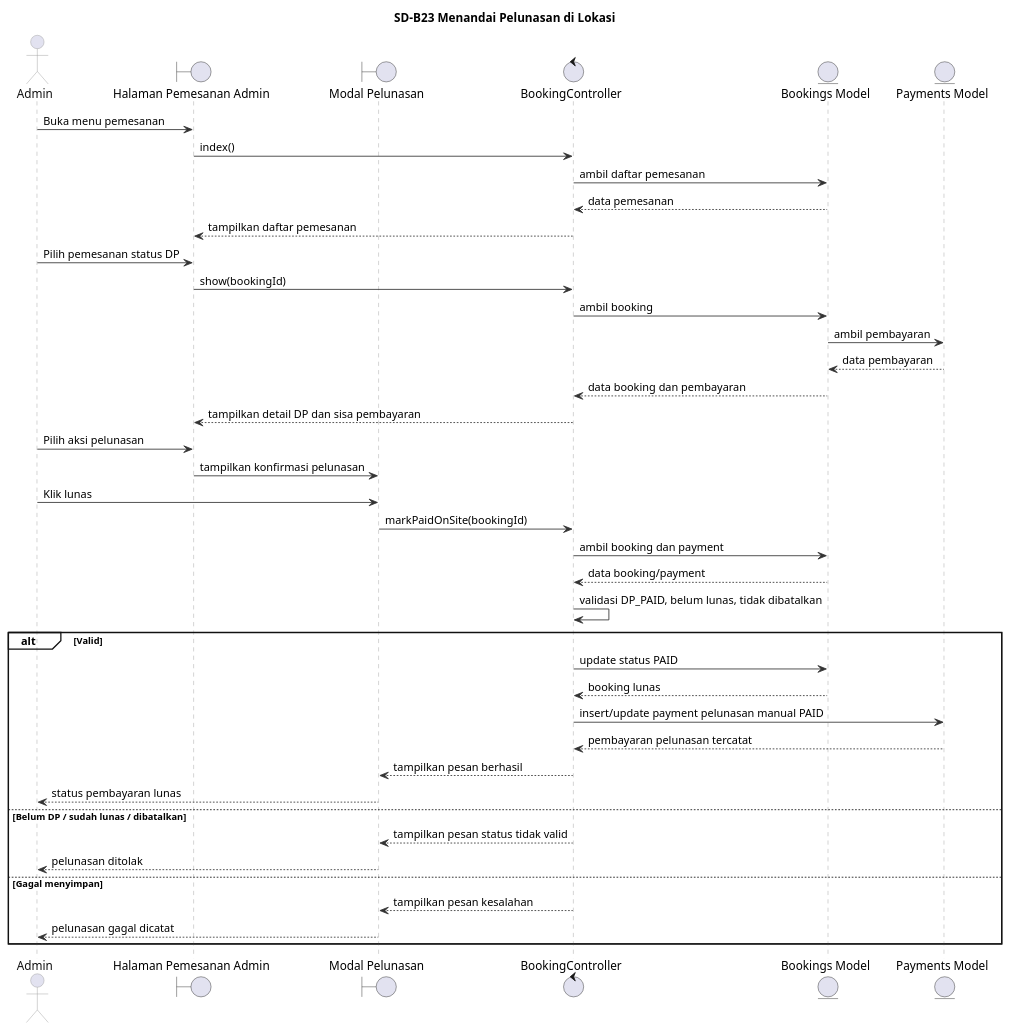
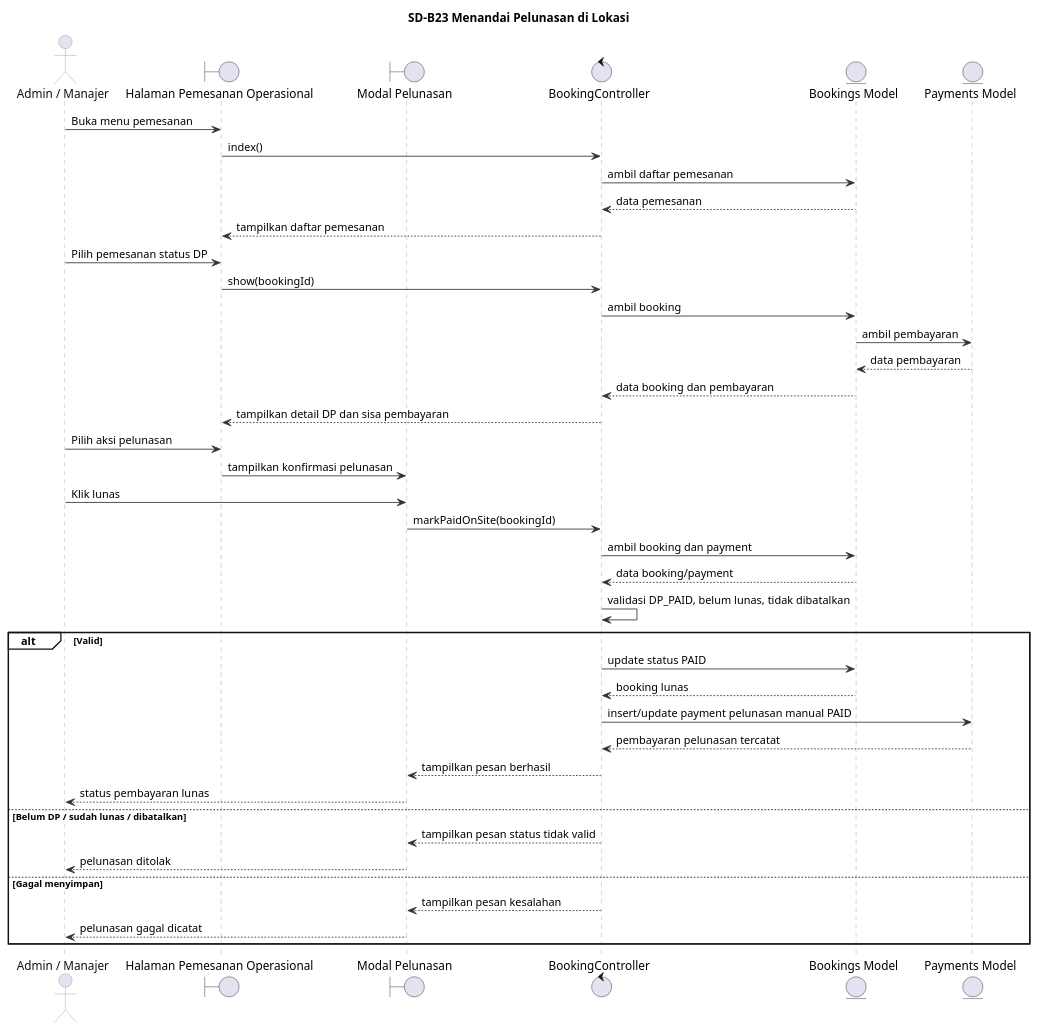
The diagram in diagrams/sequence/SD-B23.puml (Fajrinputra/alterstudio-ta), drawn with PlantUML before and after one commit. The commit also changed 74 other files, not shown here.

```diff
--- a/diagrams/sequence/SD-B23.puml
+++ b/diagrams/sequence/SD-B23.puml
@@ -1,64 +1,64 @@
 @startuml
 title SD-B23 Menandai Pelunasan di Lokasi
 
 skinparam backgroundColor white
 skinparam shadowing false
 skinparam BoxPadding 4
 skinparam sequence {
     ArrowColor #333333
     LifeLineBorderColor #999999
     LifeLineBackgroundColor white
     ParticipantBorderColor #999999
     ParticipantBackgroundColor #ECEEF8
     ParticipantFontColor #111111
     ActorBorderColor #999999
     ActorFontColor #111111
     GroupBorderColor #111111
     GroupBackgroundColor transparent
 }
 
-actor "Admin" as Admin
-boundary "Halaman Pemesanan Admin" as HalamanAdmin
+actor "Admin / Manajer" as Admin
+boundary "Halaman Pemesanan Operasional" as HalamanAdmin
 boundary "Modal Pelunasan" as ModalPelunasan
 control "BookingController" as BookingController
 entity "Bookings Model" as Booking
 entity "Payments Model" as Payment
 
 Admin -> HalamanAdmin : Buka menu pemesanan
 HalamanAdmin -> BookingController : index()
 BookingController -> Booking : ambil daftar pemesanan
 Booking --> BookingController : data pemesanan
 BookingController --> HalamanAdmin : tampilkan daftar pemesanan
 
 Admin -> HalamanAdmin : Pilih pemesanan status DP
 HalamanAdmin -> BookingController : show(bookingId)
 BookingController -> Booking : ambil booking
 Booking -> Payment : ambil pembayaran
 Payment --> Booking : data pembayaran
 Booking --> BookingController : data booking dan pembayaran
 BookingController --> HalamanAdmin : tampilkan detail DP dan sisa pembayaran
 
 Admin -> HalamanAdmin : Pilih aksi pelunasan
 HalamanAdmin -> ModalPelunasan : tampilkan konfirmasi pelunasan
 Admin -> ModalPelunasan : Klik lunas
 ModalPelunasan -> BookingController : markPaidOnSite(bookingId)
 BookingController -> Booking : ambil booking dan payment
 Booking --> BookingController : data booking/payment
 BookingController -> BookingController : validasi DP_PAID, belum lunas, tidak dibatalkan
 
 alt Valid
     BookingController -> Booking : update status PAID
     Booking --> BookingController : booking lunas
     BookingController -> Payment : insert/update payment pelunasan manual PAID
     Payment --> BookingController : pembayaran pelunasan tercatat
     BookingController --> ModalPelunasan : tampilkan pesan berhasil
     ModalPelunasan --> Admin : status pembayaran lunas
 else Belum DP / sudah lunas / dibatalkan
     BookingController --> ModalPelunasan : tampilkan pesan status tidak valid
     ModalPelunasan --> Admin : pelunasan ditolak
 else Gagal menyimpan
     BookingController --> ModalPelunasan : tampilkan pesan kesalahan
     ModalPelunasan --> Admin : pelunasan gagal dicatat
 end
 
 @enduml
```
